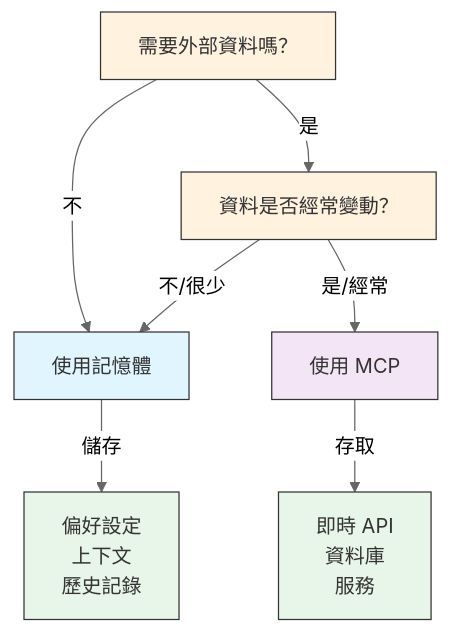
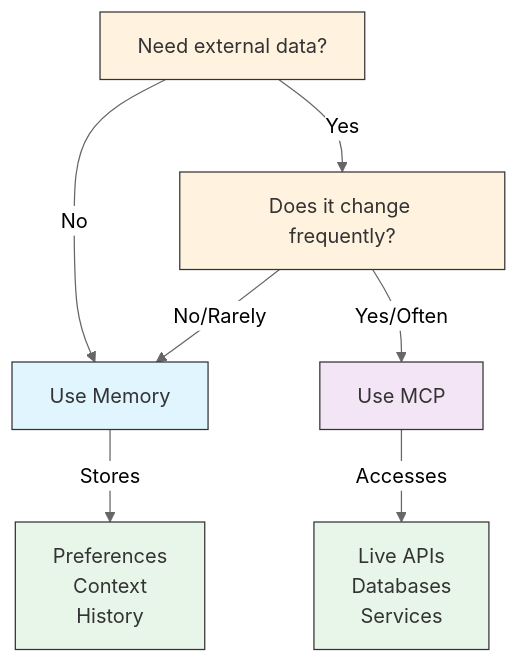
Before and after one commit to huckly/claude-howto-zh-tw: the fourth of 7 diagrams in 05-mcp/README.md, drawn with Mermaid (neutral theme). The commit also changed other lines of this file, not shown here.

Commit message:
🔌 05-mcp：MCP Protocol — 同步 v2.1.110

````diff
--- a/05-mcp/README.md
+++ b/05-mcp/README.md
@@ -554,18 +553,18 @@
 ```mermaid
 graph TD
-    A["需要外部資料嗎？"]
-    A -->|不| B["使用記憶體"]
-    A -->|是| C["資料是否經常變動？"]
-    C -->|不/很少| B
-    C -->|是/經常| D["使用 MCP"]
+    A["Need external data?"]
+    A -->|No| B["Use Memory"]
+    A -->|Yes| C["Does it change frequently?"]
+    C -->|No/Rarely| B
+    C -->|Yes/Often| D["Use MCP"]
 
-    B -->|儲存| E["偏好設定<br/>上下文<br/>歷史記錄"]
-    D -->|存取| F["即時 API<br/>資料庫<br/>服務"]
+    B -->|Stores| E["Preferences<br/>Context<br/>History"]
+    D -->|Accesses| F["Live APIs<br/>Databases<br/>Services"]
 
     style A fill:#fff3e0,stroke:#333,color:#333
     style B fill:#e1f5fe,stroke:#333,color:#333
     style C fill:#fff3e0,stroke:#333,color:#333
     style D fill:#f3e5f5,stroke:#333,color:#333
     style E fill:#e8f5e9,stroke:#333,color:#333
     style F fill:#e8f5e9,stroke:#333,color:#333
 ```
````
